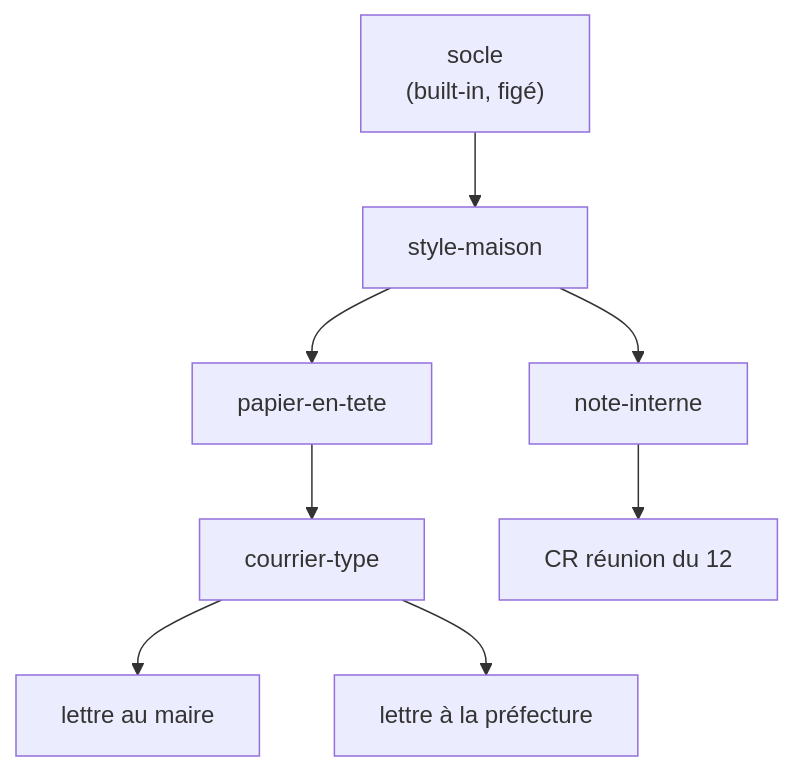
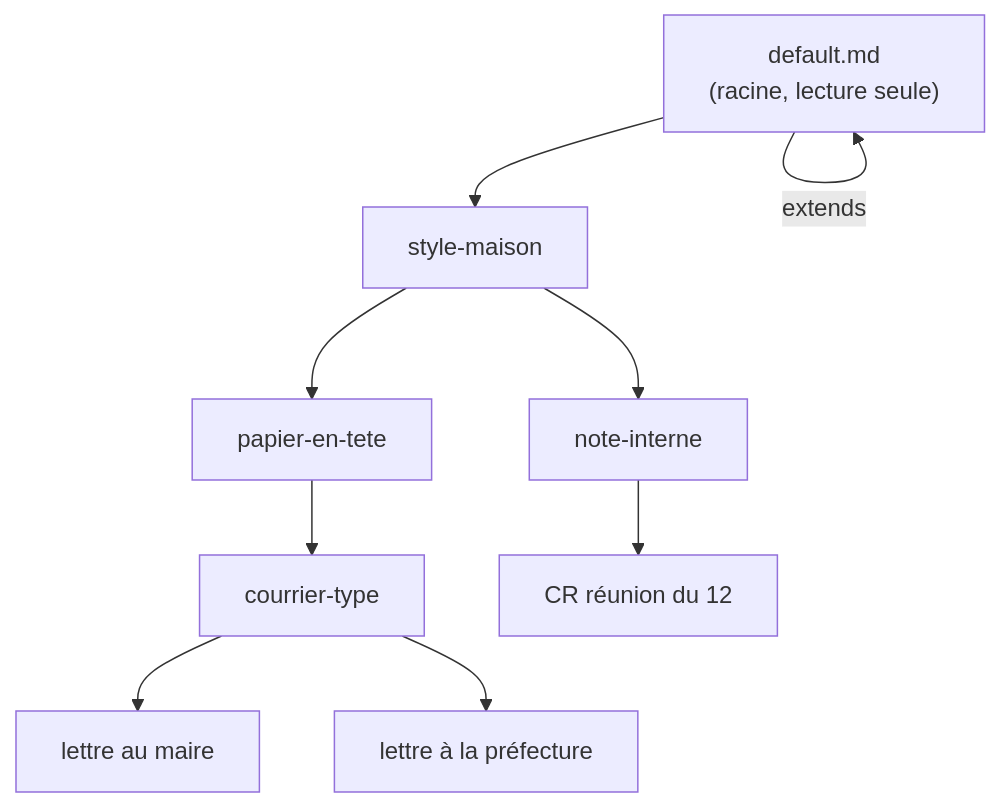
Before and after one commit to orlarey/markpage: the third of 4 diagrams in docs/STACK-SPEC.md, drawn with Mermaid. The commit also changed other lines of this file, not shown here.

````diff
--- a/docs/STACK-SPEC.md
+++ b/docs/STACK-SPEC.md
@@ -136,10 +138,12 @@
 ```mermaid
 flowchart TB
-  socle["socle<br>(built-in, figé)"] --> sm["style-maison"]
+  default["default.md<br>(racine, lecture seule)"]
+  default -->|extends| default
+  default --> sm["style-maison"]
   sm --> pe["papier-en-tete"]
   pe --> ct["courrier-type"]
   ct --> l1["lettre au maire"]
   ct --> l2["lettre à la préfecture"]
   sm --> ni["note-interne"]
   ni --> cr["CR réunion du 12"]
 ```
````
